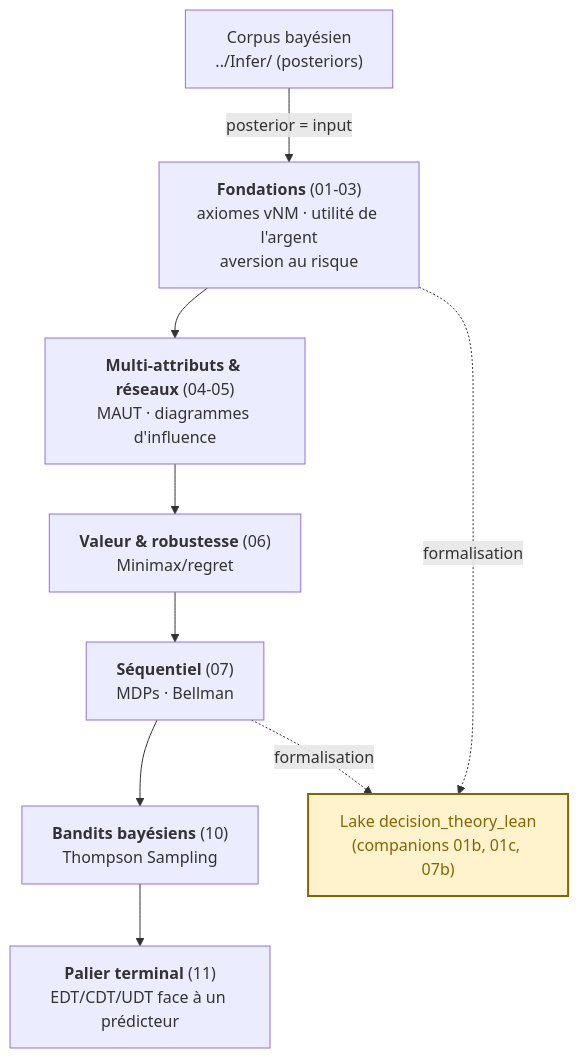
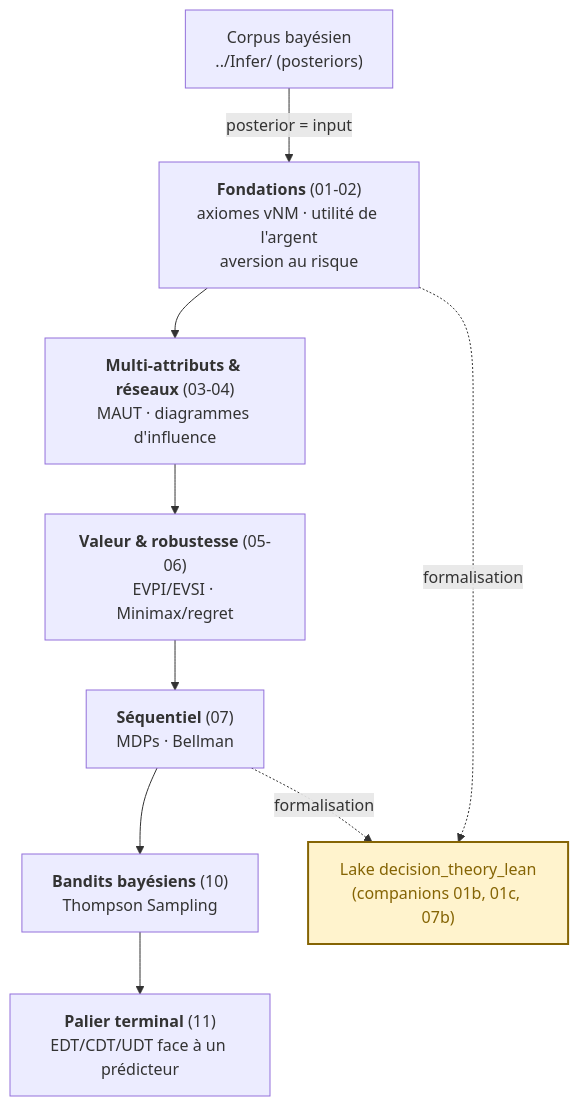
One commit to jsboige/CoursIA changed the diagram in MyIA.AI.Notebooks/Probas/DecisionTheory/DecInfer/README.md. Above: the diagram before and after it, drawn with Mermaid. The commit also changed other lines of this file, not shown here.

````diff
--- a/MyIA.AI.Notebooks/Probas/DecisionTheory/DecInfer/README.md
+++ b/MyIA.AI.Notebooks/Probas/DecisionTheory/DecInfer/README.md
@@ -50,18 +50,18 @@
 ```mermaid
 flowchart TD
-    A["<b>Fondations</b> (01-03)<br/>axiomes vNM · utilité de l'argent<br/>aversion au risque"]
-    B["<b>Multi-attributs & réseaux</b> (04-05)<br/>MAUT · diagrammes d'influence"]
-    C["<b>Valeur & robustesse</b> (06)<br/>Minimax/regret"]
+    A["<b>Fondations</b> (01-02)<br/>axiomes vNM · utilité de l'argent<br/>aversion au risque"]
+    B["<b>Multi-attributs & réseaux</b> (03-04)<br/>MAUT · diagrammes d'influence"]
+    C["<b>Valeur & robustesse</b> (05-06)<br/>EVPI/EVSI · Minimax/regret"]
     D["<b>Séquentiel</b> (07)<br/>MDPs · Bellman"]
     E["<b>Bandits bayésiens</b> (10)<br/>Thompson Sampling"]
     F["<b>Palier terminal</b> (11)<br/>EDT/CDT/UDT face à un prédicteur"]
     BAY["Corpus bayésien<br/>../Infer/ (posteriors)"]
     LAKE["Lake decision_theory_lean<br/>(companions 01b, 01c, 07b)"]
     BAY -->|"posterior = input"| A
     A --> B --> C --> D --> E --> F
     A -.->|"formalisation"| LAKE
     D -.->|"formalisation"| LAKE
     %% color: explicite -- sans lui, libelle clair sur fond clair en mode sombre GitHub (#15022) ; ne pas harmoniser le ton avec le stroke (libelle sinon illisible)
     classDef lean fill:#fff3cd,stroke:#856404,stroke-width:2px,color:#856404;
     class LAKE lean;
 ```
````
